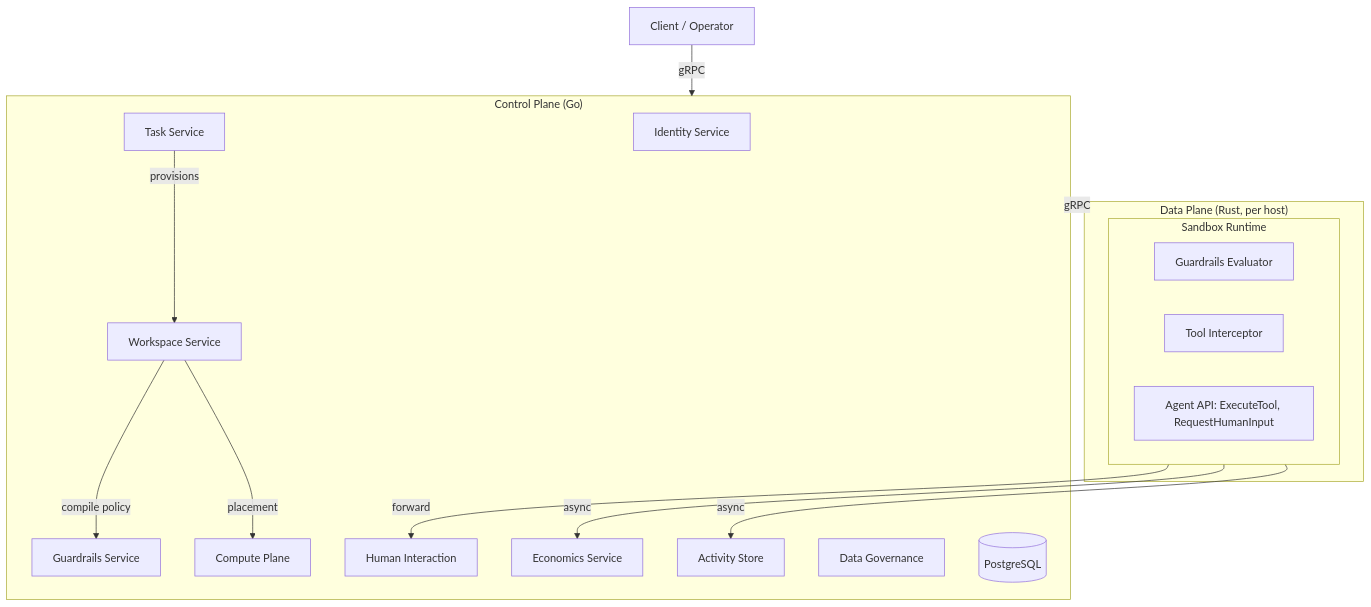
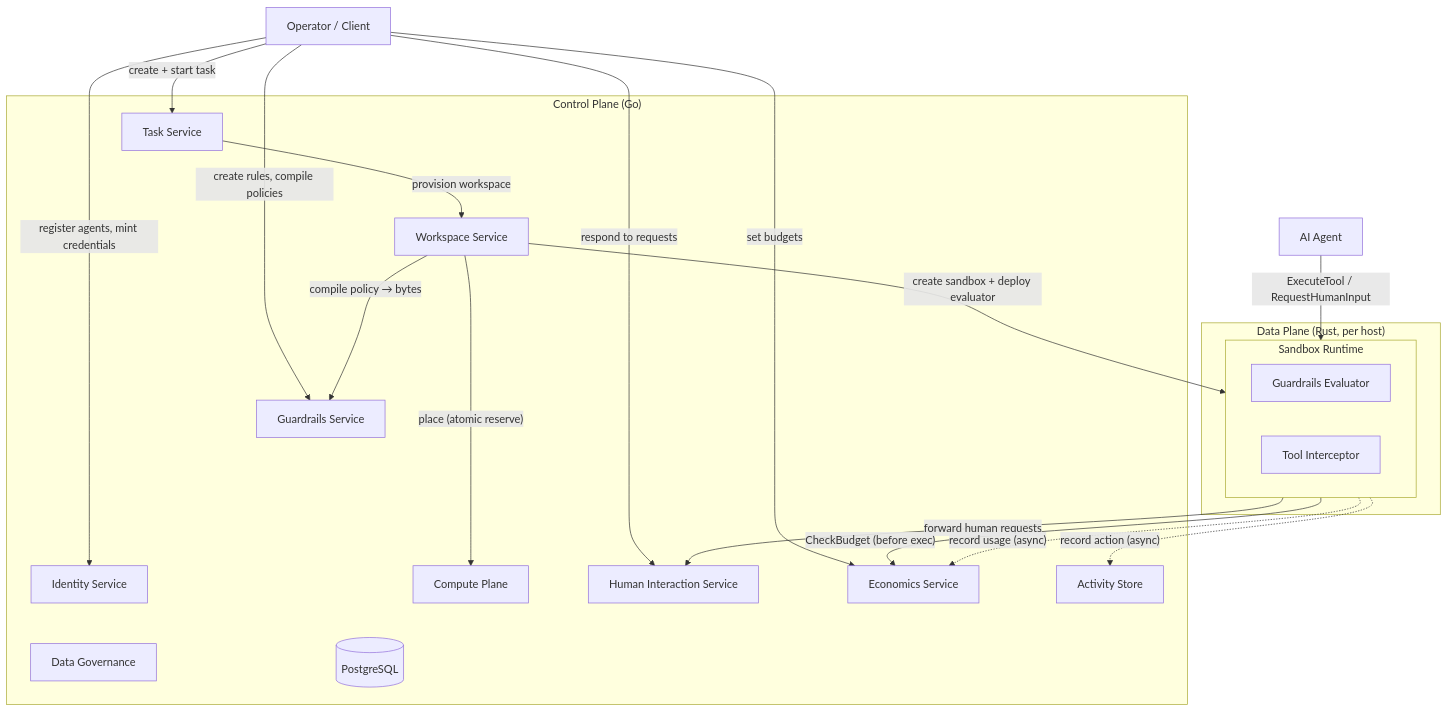
Before and after one commit to Baselyne-Systems/agent-sandbox-platform: the first of 4 diagrams in README.md, drawn with Mermaid.

Commit message:
Improve architecture diagram to show actual data flows
Label all edges with specific operations: operator management paths,
orchestration chain (task→workspace→compute/guardrails/runtime),
and agent hot path with sync budget checks and async recording.

````diff
--- a/README.md
+++ b/README.md
@@ -18,35 +18,49 @@
 ```mermaid
 graph TB
-    Client["Client / Operator"]
+    Operator["Operator / Client"]
+    Agent["AI Agent"]
 
     subgraph CP["Control Plane (Go)"]
         Identity["Identity Service"]
+        Task["Task Service"]
         Workspace["Workspace Service"]
-        Task["Task Service"]
         Guardrails["Guardrails Service"]
         Compute["Compute Plane"]
-        Human["Human Interaction"]
+        Human["Human Interaction Service"]
         Economics["Economics Service"]
         Activity["Activity Store"]
         Governance["Data Governance"]
         PG[("PostgreSQL")]
-
-        Task -->|provisions| Workspace
-        Workspace -->|placement| Compute
-        Workspace -->|compile policy| Guardrails
     end
 
     subgraph DP["Data Plane (Rust, per host)"]
-        subgraph SR["Sandbox Runtime"]
+        subgraph Sandbox["Sandbox Runtime"]
             Evaluator["Guardrails Evaluator"]
             Interceptor["Tool Interceptor"]
-            AgentAPI["Agent API: ExecuteTool, RequestHumanInput"]
         end
     end
 
-    Client -->|gRPC| CP
-    CP -->|gRPC| DP
-    SR -->|async| Activity
-    SR -->|async| Economics
-    SR -->|forward| Human
+    %% Operator management (setup)
+    Operator -->|"register agents, mint credentials"| Identity
+    Operator -->|"create rules, compile policies"| Guardrails
+    Operator -->|"set budgets"| Economics
+    Operator -->|"respond to requests"| Human
+
+    %% Orchestration chain (task start)
+    Operator -->|"create + start task"| Task
+    Task -->|"provision workspace"| Workspace
+    Workspace -->|"place (atomic reserve)"| Compute
+    Workspace -->|"compile policy → bytes"| Guardrails
+    Workspace -->|"create sandbox + deploy evaluator"| Sandbox
+
+    %% Agent hot path (every tool call)
+    Agent -->|"ExecuteTool / RequestHumanInput"| Sandbox
+    Sandbox -->|"CheckBudget (before exec)"| Economics
+    Sandbox -->|"forward human requests"| Human
+    Sandbox -.->|"record action (async)"| Activity
+    Sandbox -.->|"record usage (async)"| Economics
+
+    %% Shared persistence
+    Identity & Task & Workspace & Guardrails & Compute ~~~ PG
+    Human & Economics & Activity ~~~ PG
 ```
````
